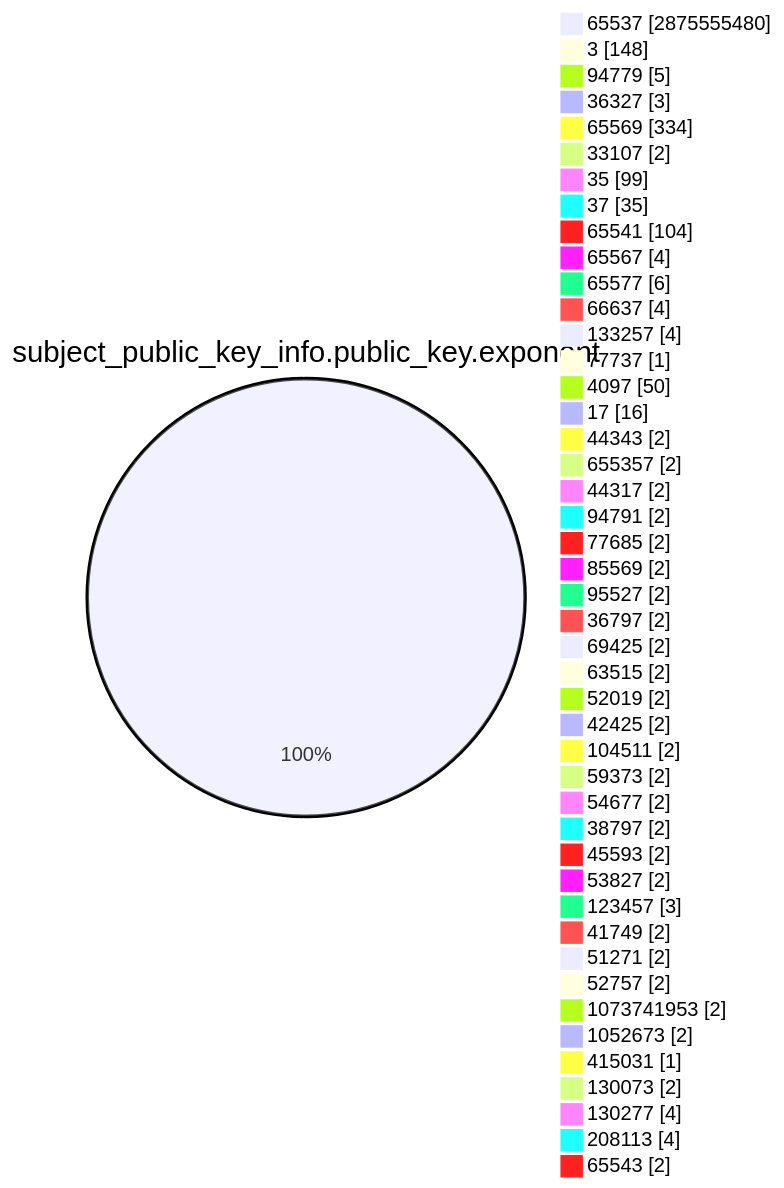
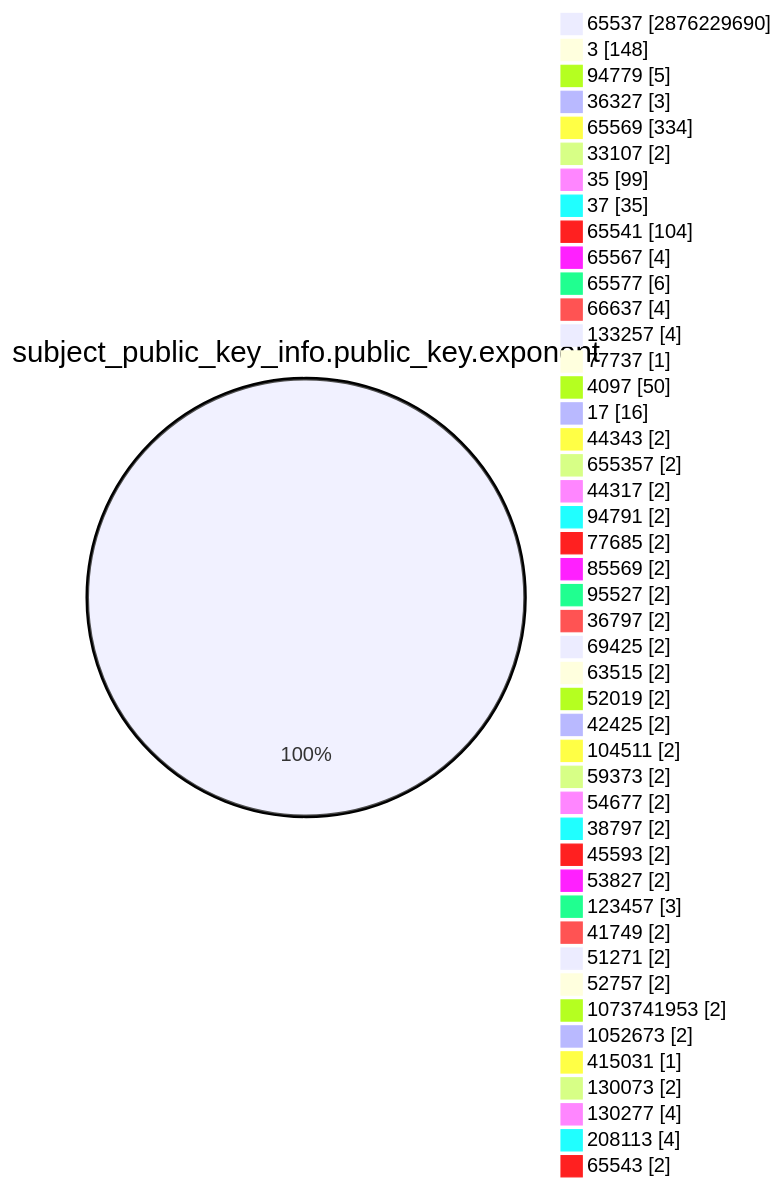
One commit to christiankrug/ctmonitor_visualization changed the fourth of 15 diagrams in TOTAL/README.md. Above: the diagram before and after it, drawn with Mermaid. The commit also changed other lines of this file, not shown here.

````diff
--- a/TOTAL/README.md
+++ b/TOTAL/README.md
@@ -1468,49 +1468,49 @@
 ```mermaid
 pie showData
 title subject_public_key_info.public_key.exponent
-"65537" :2875555480
+"65537" :2876229690
 "3" :148
 "94779" :5
 "36327" :3
 "65569" :334
 "33107" :2
 "35" :99
 "37" :35
 "65541" :104
 "65567" :4
 "65577" :6
 "66637" :4
 "133257" :4
 "77737" :1
 "4097" :50
 "17" :16
 "44343" :2
 "655357" :2
 "44317" :2
 "94791" :2
 "77685" :2
 "85569" :2
 "95527" :2
 "36797" :2
 "69425" :2
 "63515" :2
 "52019" :2
 "42425" :2
 "104511" :2
 "59373" :2
 "54677" :2
 "38797" :2
 "45593" :2
 "53827" :2
 "123457" :3
 "41749" :2
 "51271" :2
 "52757" :2
 "1073741953" :2
 "1052673" :2
 "415031" :1
 "130073" :2
 "130277" :4
 "208113" :4
 "65543" :2
 ```
````
